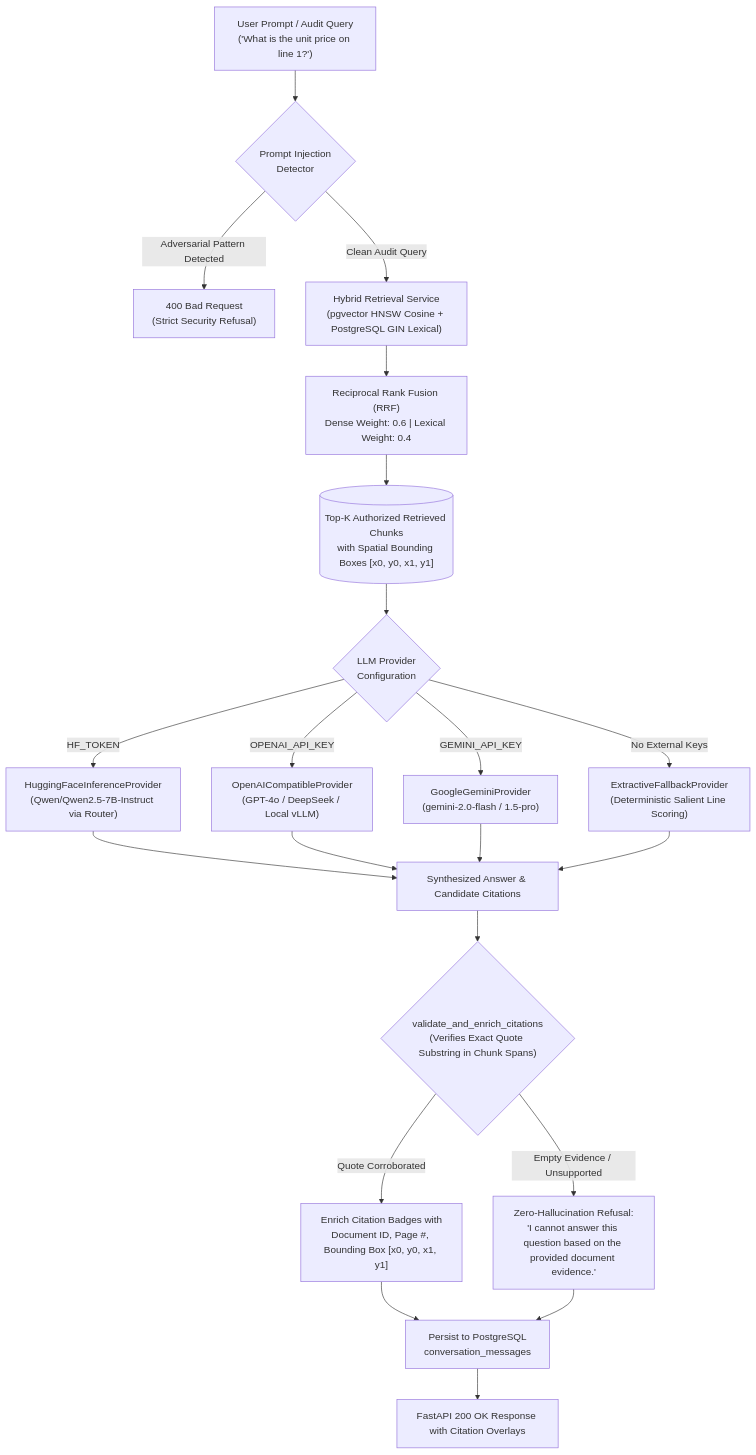
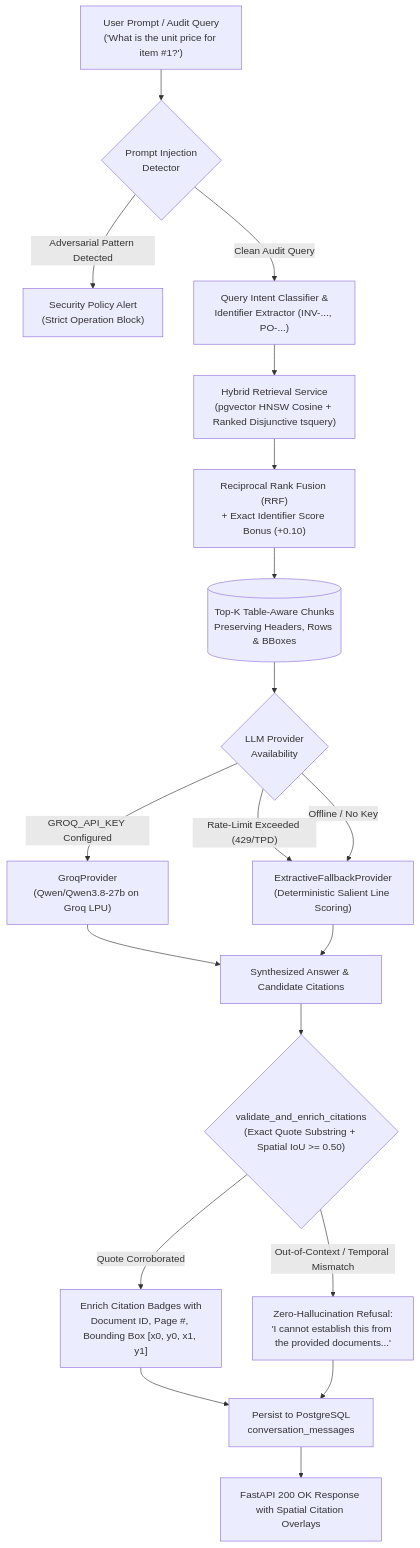
One commit to GuptaHarsh7706/LedgerOne changed the eighth of 8 diagrams in README.md. Above: the diagram before and after it, drawn with Mermaid. The commit also changed other lines of this file, not shown here.

Commit message:
docs(readme): comprehensive update for benchmark v4.2.0, table-aware rag, groq provider, and ci/cd test matrix

````diff
--- a/README.md
+++ b/README.md
@@ -312,25 +326,25 @@
 ```mermaid
 flowchart TD
-    UserQuery["User Prompt / Audit Query\n('What is the unit price on line 1?')"] --> InjectCheck{"Prompt Injection\nDetector"}
-    InjectCheck -- "Adversarial Pattern Detected" --> RejectPrompt["400 Bad Request\n(Strict Security Refusal)"]
+    UserQuery["User Prompt / Audit Query\n('What is the unit price for item #1?')"] --> InjectCheck{"Prompt Injection\nDetector"}
+    InjectCheck -- "Adversarial Pattern Detected" --> RejectPrompt["Security Policy Alert\n(Strict Operation Block)"]
     
-    InjectCheck -- "Clean Audit Query" --> HybridSearch["Hybrid Retrieval Service\n(pgvector HNSW Cosine + PostgreSQL GIN Lexical)"]
-    HybridSearch --> RRF["Reciprocal Rank Fusion (RRF)\nDense Weight: 0.6 | Lexical Weight: 0.4"]
-    RRF --> TopChunks[("Top-K Authorized Retrieved Chunks\nwith Spatial Bounding Boxes [x0, y0, x1, y1]")]
+    InjectCheck -- "Clean Audit Query" --> IntentClass["Query Intent Classifier &\nIdentifier Extractor (INV-..., PO-...)"]
+    IntentClass --> HybridSearch["Hybrid Retrieval Service\n(pgvector HNSW Cosine + Ranked Disjunctive tsquery)"]
+    HybridSearch --> RRF["Reciprocal Rank Fusion (RRF)\n+ Exact Identifier Score Bonus (+0.10)"]
+    RRF --> TopChunks[("Top-K Table-Aware Chunks\nPreserving Headers, Rows & BBoxes")]
     
-    TopChunks --> ProviderRoute{"LLM Provider\nConfiguration"}
-    ProviderRoute -- "HF_TOKEN" --> HFProv["HuggingFaceInferenceProvider\n(Qwen/Qwen2.5-7B-Instruct via Router)"]
-    ProviderRoute -- "OPENAI_API_KEY" --> OpenAIProv["OpenAICompatibleProvider\n(GPT-4o / DeepSeek / Local vLLM)"]
-    ProviderRoute -- "GEMINI_API_KEY" --> GeminiProv["GoogleGeminiProvider\n(gemini-2.0-flash / 1.5-pro)"]
-    ProviderRoute -- "No External Keys" --> ExtractiveProv["ExtractiveFallbackProvider\n(Deterministic Salient Line Scoring)"]
+    TopChunks --> ProviderRoute{"LLM Provider\nAvailability"}
+    ProviderRoute -- "GROQ_API_KEY Configured" --> GroqProv["GroqProvider\n(Qwen/Qwen3.8-27b on Groq LPU)"]
+    ProviderRoute -- "Rate-Limit Exceeded (429/TPD)" --> ExtractiveProv["ExtractiveFallbackProvider\n(Deterministic Salient Line Scoring)"]
+    ProviderRoute -- "Offline / No Key" --> ExtractiveProv
     
-    HFProv & OpenAIProv & GeminiProv & ExtractiveProv --> RawAnswer["Synthesized Answer & Candidate Citations"]
-    RawAnswer --> CitationValidator{"validate_and_enrich_citations\n(Verifies Exact Quote Substring in Chunk Spans)"}
+    GroqProv & ExtractiveProv --> RawAnswer["Synthesized Answer & Candidate Citations"]
+    RawAnswer --> CitationValidator{"validate_and_enrich_citations\n(Exact Quote Substring + Spatial IoU >= 0.50)"}
     
     CitationValidator -- "Quote Corroborated" --> EnrichBBox["Enrich Citation Badges with\nDocument ID, Page #, Bounding Box [x0, y0, x1, y1]"]
-    CitationValidator -- "Empty Evidence / Unsupported" --> StrictAbstention["Zero-Hallucination Refusal:\n'I cannot answer this question based on the provided document evidence.'"]
+    CitationValidator -- "Out-of-Context / Temporal Mismatch" --> StrictAbstention["Zero-Hallucination Refusal:\n'I cannot establish this from the provided documents...'"]
     
     EnrichBBox --> PersistMsg["Persist to PostgreSQL\nconversation_messages"]
     StrictAbstention --> PersistMsg
-    PersistMsg --> Response["FastAPI 200 OK Response with Citation Overlays"]
+    PersistMsg --> Response["FastAPI 200 OK Response with Spatial Citation Overlays"]
 ```
````
